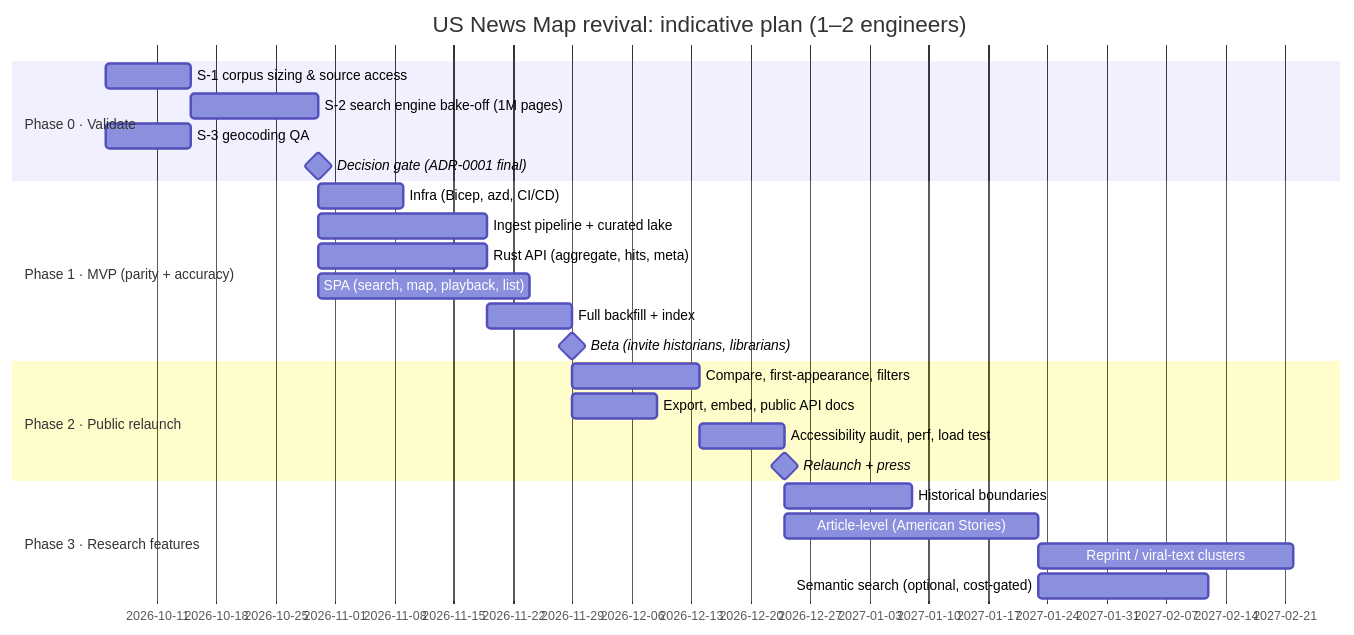
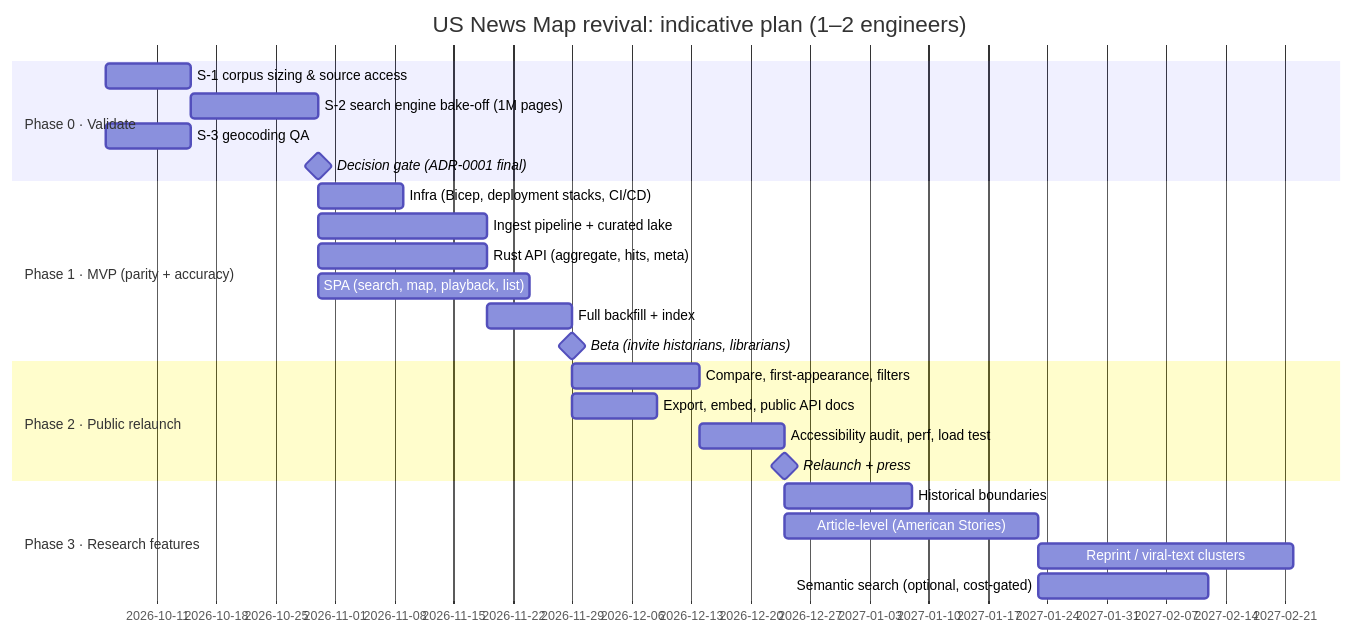
Before and after one commit to tgoodyear/usnewsmap.com: the diagram in docs/design/10-roadmap-and-risks.md, drawn with Mermaid. The commit also changed 22 other files, not shown here.

````diff
--- a/docs/design/10-roadmap-and-risks.md
+++ b/docs/design/10-roadmap-and-risks.md
@@ -5,27 +5,27 @@
 ```mermaid
 gantt
   dateFormat  YYYY-MM-DD
   title US News Map revival: indicative plan (1–2 engineers)
   section Phase 0 · Validate
   S-1 corpus sizing & source access      :p0a, 2026-10-05, 10d
   S-2 search engine bake-off (1M pages)  :p0b, after p0a, 15d
   S-3 geocoding QA                       :p0c, 2026-10-05, 10d
   Decision gate (ADR-0001 final)         :milestone, after p0b, 0d
   section Phase 1 · MVP (parity + accuracy)
-  Infra (Bicep, azd, CI/CD)              :p1a, after p0b, 10d
+  Infra (Bicep, deployment stacks, CI/CD)              :p1a, after p0b, 10d
   Ingest pipeline + curated lake         :p1b, after p0b, 20d
   Rust API (aggregate, hits, meta)       :p1c, after p0b, 20d
   SPA (search, map, playback, list)      :p1d, after p0b, 25d
   Full backfill + index                  :p1e, after p1b, 10d
   Beta (invite historians, librarians)   :milestone, after p1e, 0d
   section Phase 2 · Public relaunch
   Compare, first-appearance, filters     :p2a, after p1e, 15d
   Export, embed, public API docs         :p2b, after p1e, 10d
   Accessibility audit, perf, load test   :p2c, after p2a, 10d
   Relaunch + press                       :milestone, after p2c, 0d
   section Phase 3 · Research features
   Historical boundaries                  :p3a, after p2c, 15d
   Article-level (American Stories)       :p3b, after p2c, 30d
   Reprint / viral-text clusters          :p3c, after p3b, 30d
   Semantic search (optional, cost-gated) :p3d, after p3b, 20d
 ```
````
